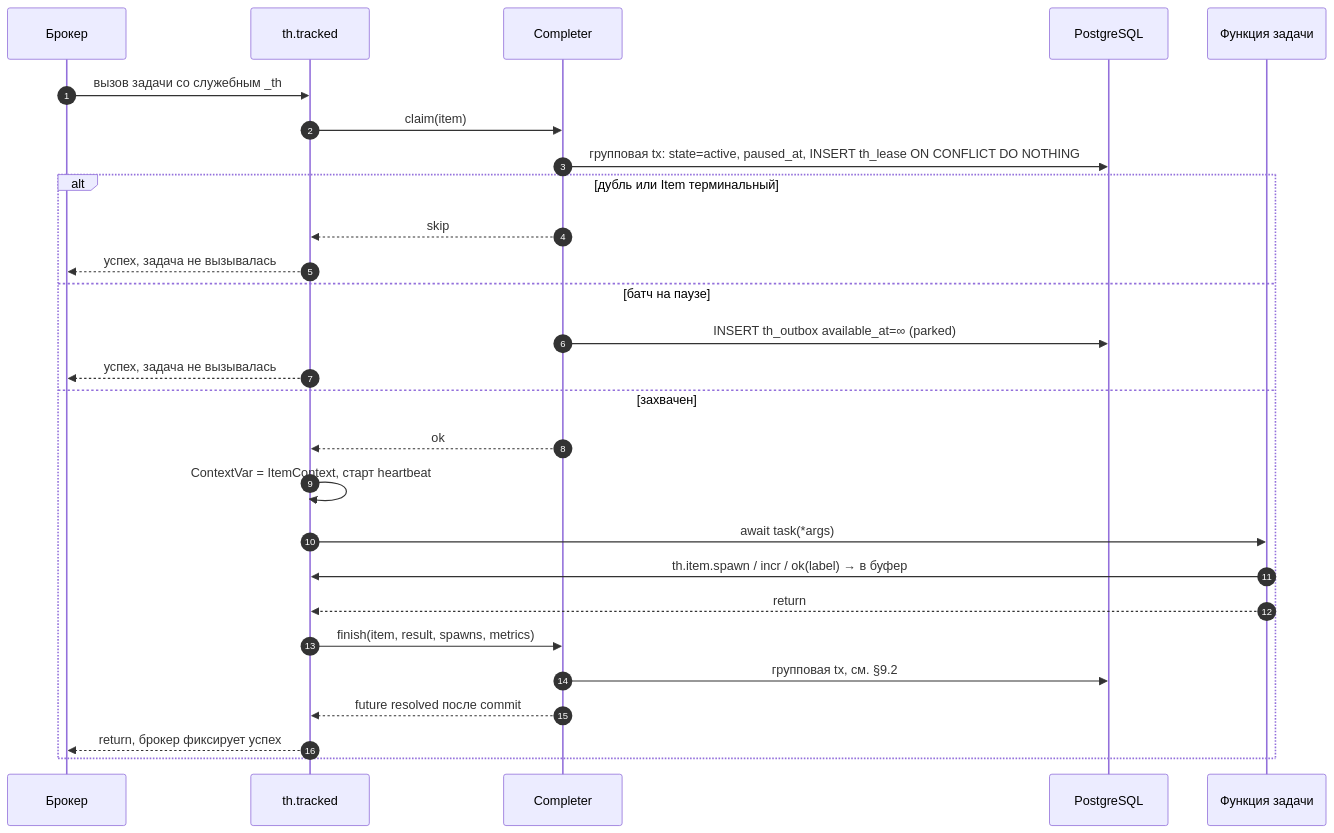
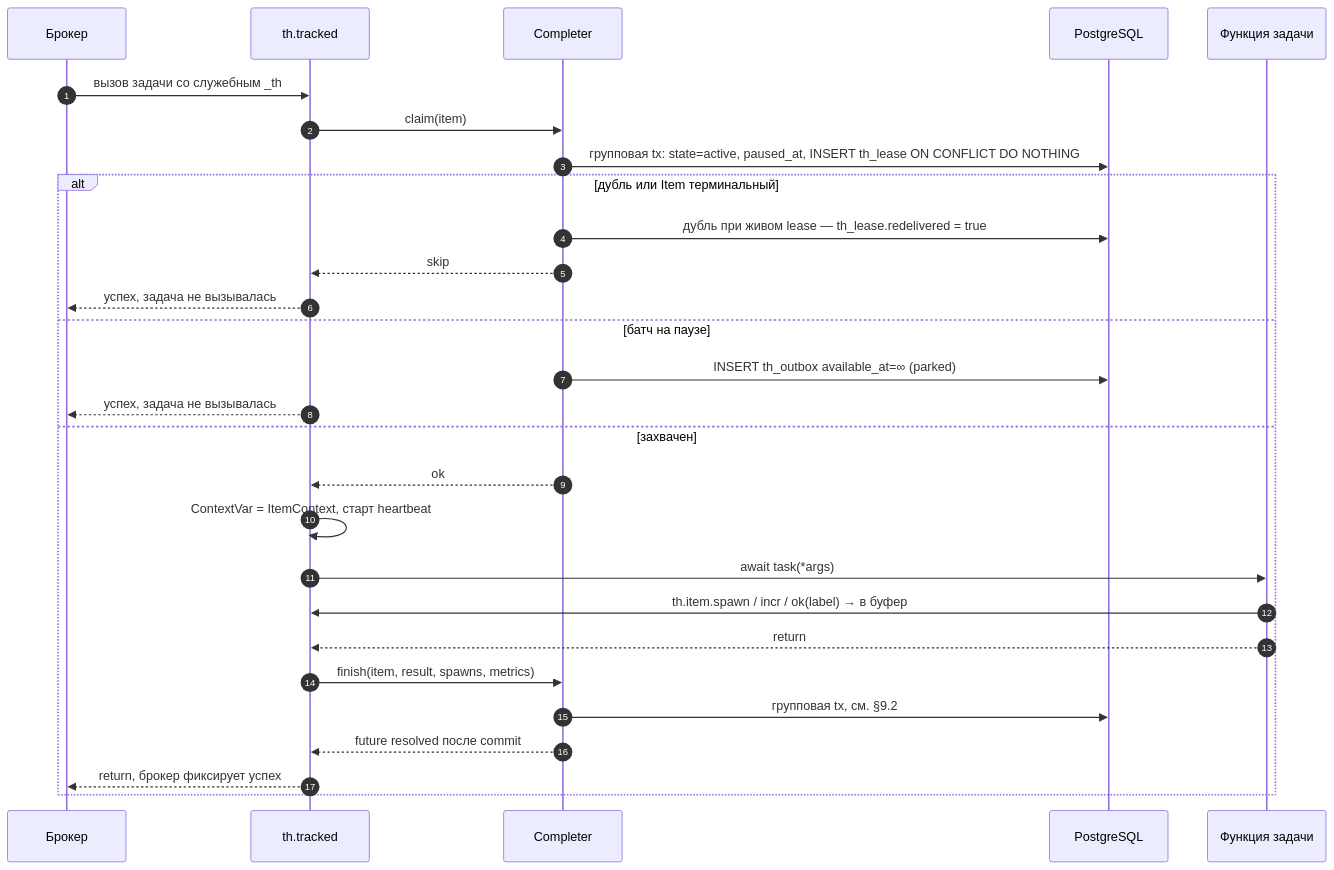
Diagram 15 of 39 in docs/ARCHITECTURE.md (0cherednoq/Tallyho), drawn with Mermaid before and after one commit. The commit also changed other lines of this file and 1 other file, not shown here.

````diff
--- a/docs/ARCHITECTURE.md
+++ b/docs/ARCHITECTURE.md
@@ -912,30 +916,31 @@
 ```mermaid
 sequenceDiagram
     autonumber
     participant B as Брокер
     participant MW as th.tracked
     participant C as Completer
     participant DB as PostgreSQL
     participant T as Функция задачи
 
     B->>MW: вызов задачи со служебным _th
     MW->>C: claim(item)
     C->>DB: групповая tx: state=active, paused_at, INSERT th_lease ON CONFLICT DO NOTHING
     alt дубль или Item терминальный
+        C->>DB: дубль при живом lease — th_lease.redelivered = true
         C-->>MW: skip
         MW-->>B: успех, задача не вызывалась
     else батч на паузе
         C->>DB: INSERT th_outbox available_at=∞ (parked)
         MW-->>B: успех, задача не вызывалась
     else захвачен
         C-->>MW: ok
         MW->>MW: ContextVar = ItemContext, старт heartbeat
         MW->>T: await task(*args)
         T->>MW: th.item.spawn / incr / ok(label) → в буфер
         T-->>MW: return
         MW->>C: finish(item, result, spawns, metrics)
         C->>DB: групповая tx, см. §9.2
         C-->>MW: future resolved после commit
         MW-->>B: return, брокер фиксирует успех
     end
 ```
````
